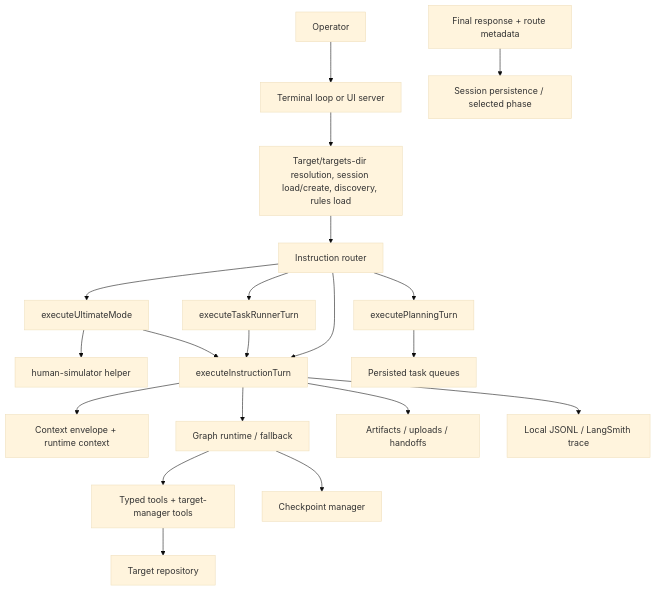
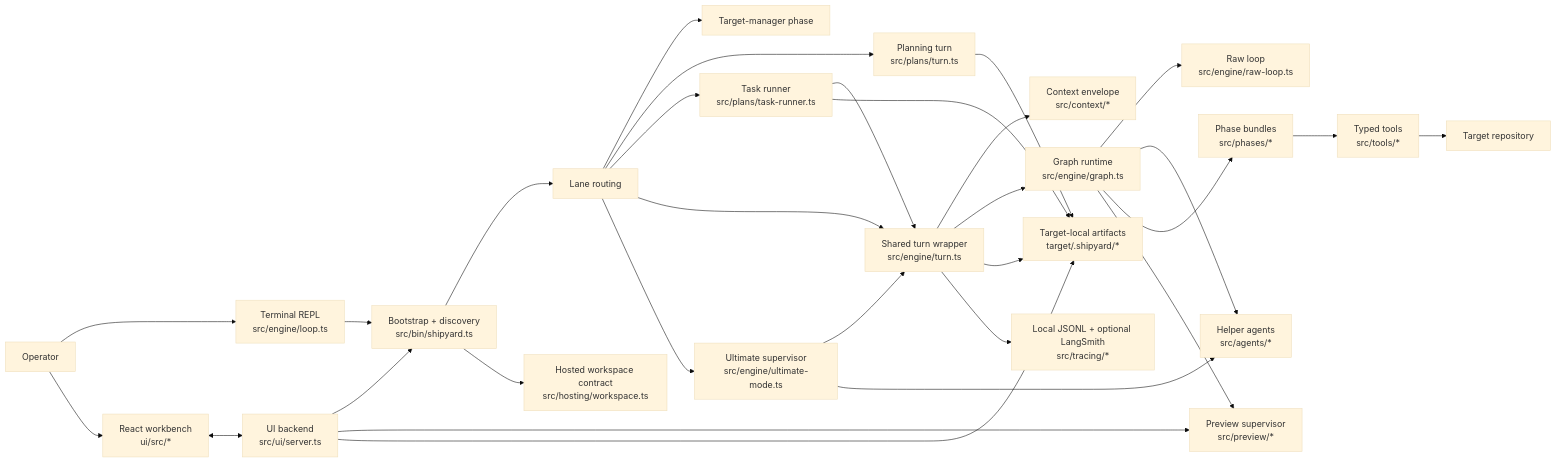
Before and after one commit to thisisyoussef/shipyard: the first of 3 diagrams in shipyard/CODEAGENT.md, drawn with Mermaid (base theme). The commit also changed other lines of this file and 6 other files, not shown here.

````diff
--- a/shipyard/CODEAGENT.md
+++ b/shipyard/CODEAGENT.md
@@ -32,42 +47,55 @@
 ```mermaid
-flowchart TD
+flowchart LR
   Operator["Operator"]
-  Entry["Terminal loop or UI server"]
-  Bootstrap["Target/targets-dir resolution, session load/create, discovery, rules load"]
-  Router["Instruction router"]
-  PlanTurn["executePlanningTurn"]
-  TaskRunner["executeTaskRunnerTurn"]
-  Ultimate["executeUltimateMode"]
-  HumanSimulator["human-simulator helper"]
-  Turn["executeInstructionTurn"]
-  Envelope["Context envelope + runtime context"]
-  Graph["Graph runtime / fallback"]
-  Tools["Typed tools + target-manager tools"]
+  CLI["Terminal REPL<br/>src/engine/loop.ts"]
+  UiServer["UI backend<br/>src/ui/server.ts"]
+  Spa["React workbench<br/>ui/src/*"]
+  Bootstrap["Bootstrap + discovery<br/>src/bin/shipyard.ts"]
+  Router["Lane routing"]
+  TargetManager["Target-manager phase"]
+  PlanTurn["Planning turn<br/>src/plans/turn.ts"]
+  TaskRunner["Task runner<br/>src/plans/task-runner.ts"]
+  StandardTurn["Shared turn wrapper<br/>src/engine/turn.ts"]
+  Ultimate["Ultimate supervisor<br/>src/engine/ultimate-mode.ts"]
+  Context["Context envelope<br/>src/context/*"]
+  Graph["Graph runtime<br/>src/engine/graph.ts"]
+  Raw["Raw loop<br/>src/engine/raw-loop.ts"]
+  Helpers["Helper agents<br/>src/agents/*"]
+  Phases["Phase bundles<br/>src/phases/*"]
+  Tools["Typed tools<br/>src/tools/*"]
+  Preview["Preview supervisor<br/>src/preview/*"]
+  Hosting["Hosted workspace contract<br/>src/hosting/workspace.ts"]
+  RuntimeState["Target-local artifacts<br/>target/.shipyard/*"]
+  Trace["Local JSONL + optional LangSmith<br/>src/tracing/*"]
   Target["Target repository"]
-  Checkpoints["Checkpoint manager"]
-  Plans["Persisted task queues"]
-  Artifacts["Artifacts / uploads / handoffs"]
-  Trace["Local JSONL / LangSmith trace"]
-  Respond["Final response + route metadata"]
-  Session["Session persistence / selected phase"]
 
-  Operator --> Entry
-  Entry --> Bootstrap
+  Operator --> CLI
+  Operator --> Spa
+  Spa <--> UiServer
+  CLI --> Bootstrap
+  UiServer --> Bootstrap
   Bootstrap --> Router
+  Bootstrap --> Hosting
+  Router --> TargetManager
   Router --> PlanTurn
   Router --> TaskRunner
+  Router --> StandardTurn
   Router --> Ultimate
-  Router --> Turn
-  PlanTurn --> Plans
-  TaskRunner --> Turn
-  Ultimate --> HumanSimulator
-  Ultimate --> Turn
-  Turn --> Envelope
-  Turn --> Graph
-  Graph --> Tools
+  TaskRunner --> StandardTurn
+  Ultimate --> StandardTurn
+  Ultimate --> Helpers
+  StandardTurn --> Context
+  StandardTurn --> Graph
+  Graph --> Raw
+  Graph --> Helpers
+  Graph --> Phases
+  Phases --> Tools
   Tools --> Target
-  Graph --> Checkpoints
-  Turn --> Artifacts
-  Respond --> Session
-  Turn --> Trace
+  Graph --> Preview
+  StandardTurn --> RuntimeState
+  PlanTurn --> RuntimeState
+  TaskRunner --> RuntimeState
+  StandardTurn --> Trace
+  UiServer --> Preview
+  UiServer --> RuntimeState
 ```
````
